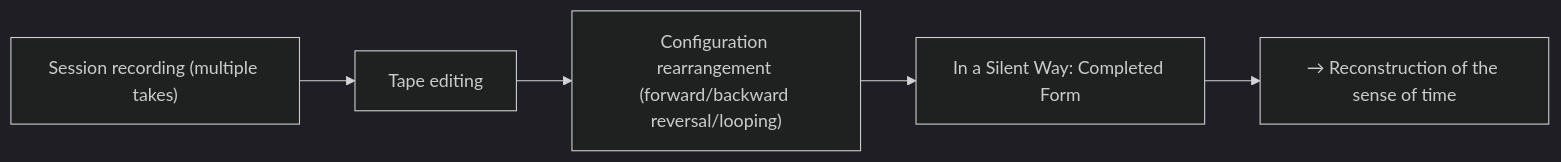
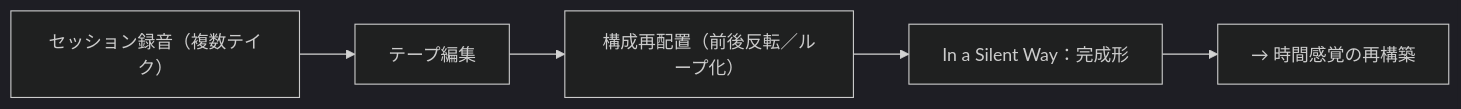
The first of 12 diagrams in en/_posts/2025-10-28-column-macero-miles.md (monumental-movement/monumental-movement.github.io), drawn with Mermaid (dark theme) before and after one commit. The commit also changed other lines of this file and 2196 other files, not shown here.

```diff
--- a/en/_posts/2025-10-28-column-macero-miles.md
+++ b/en/_posts/2025-10-28-column-macero-miles.md
@@ -67,10 +67,10 @@
 <div class="mermaid">
 
 flowchart LR
-    A["Session recording (multiple takes)"] --> B["Tape editing"]
-    B --> C["Configuration rearrangement (forward/backward reversal/looping)"]
-    C --> D["In a Silent Way: Completed Form"]
-    D --> E["→ Reconstruction of the sense of time"]
+    A["セッション録音（複数テイク）"] --> B["テープ編集"]
+    B --> C["構成再配置（前後反転／ループ化）"]
+    C --> D["In a Silent Way：完成形"]
+    D --> E["→ 時間感覚の再構築"]
 
 
 </div>
```
